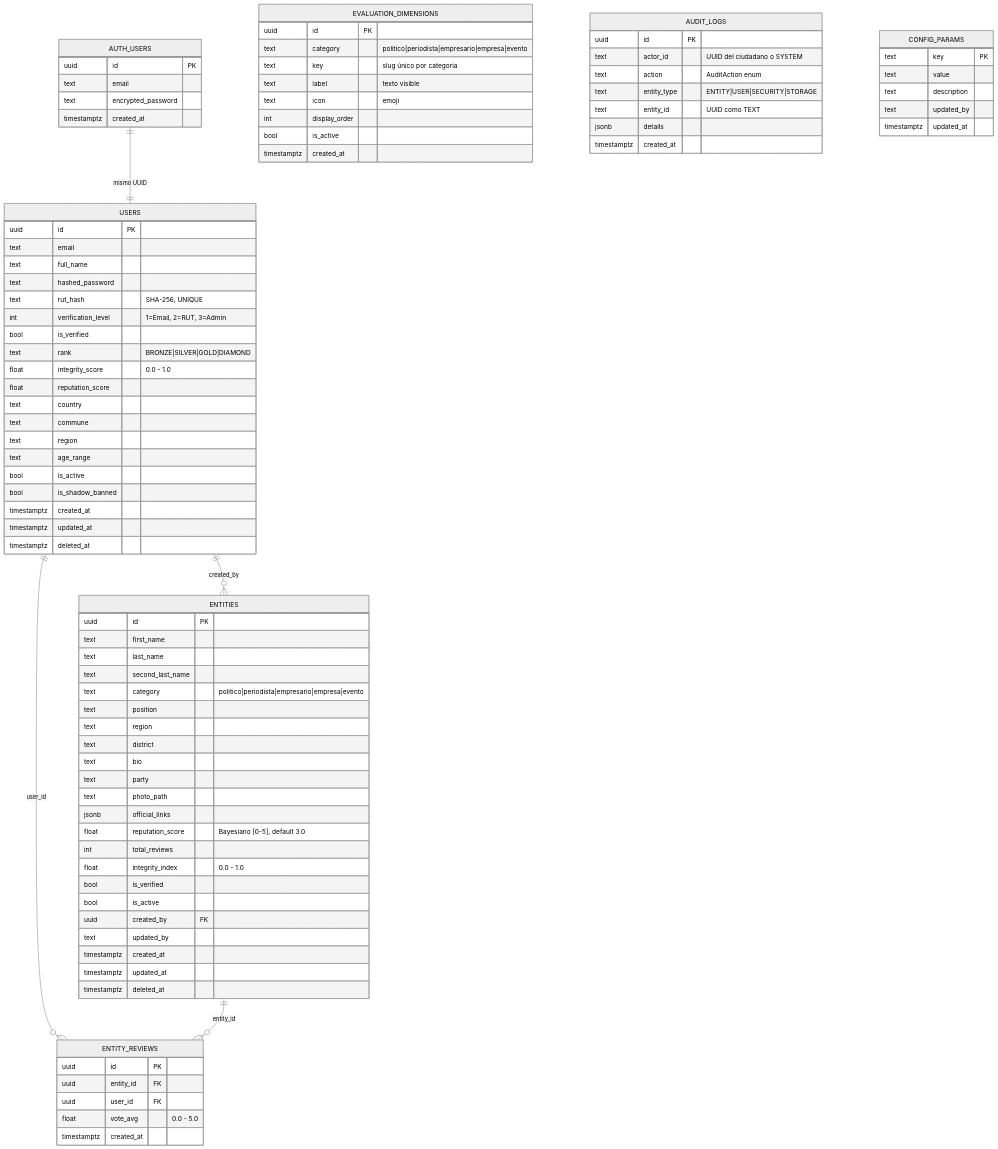
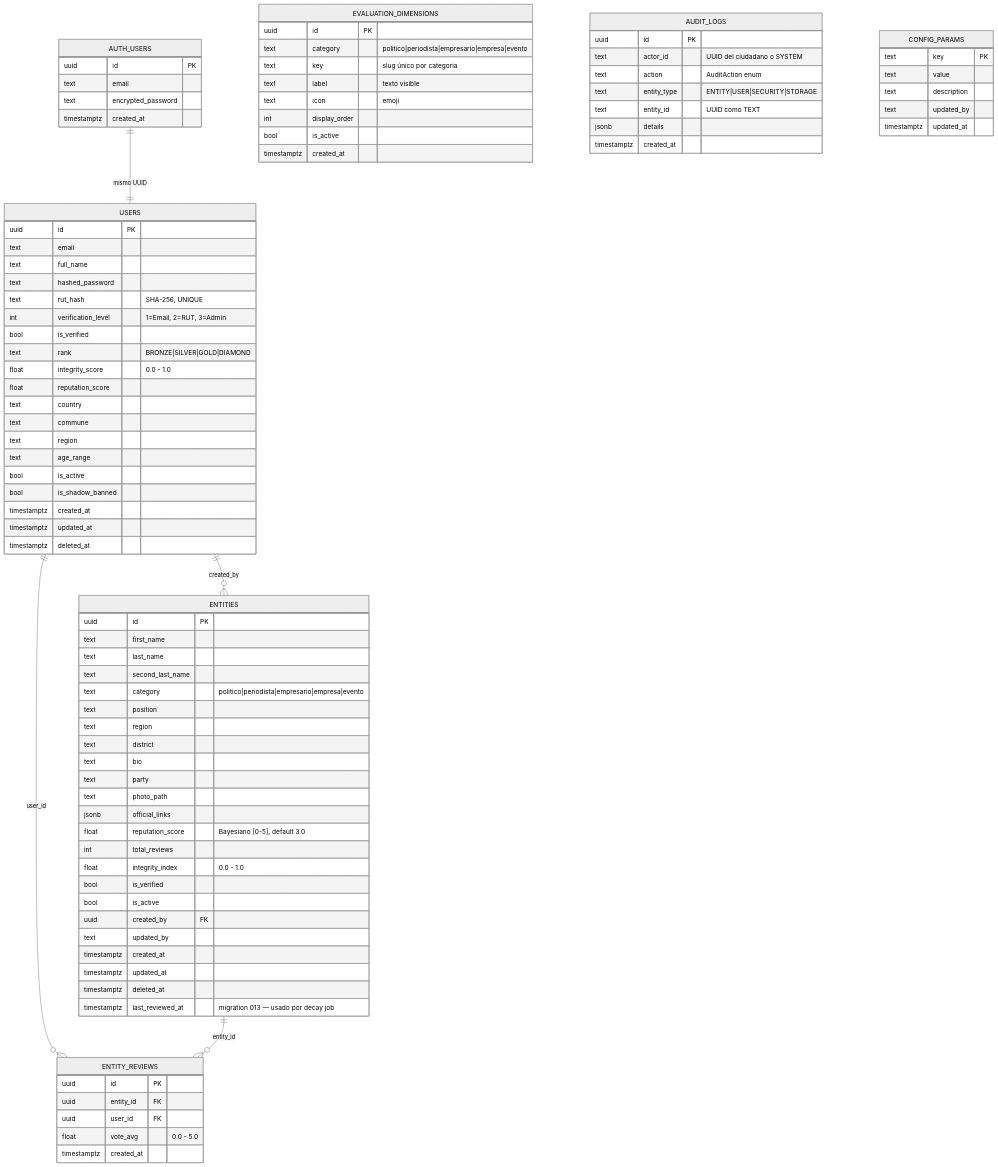
Before and after one commit to EduardoSereyM/beacon: the diagram in docs/esquema_bbdd.md, drawn with Mermaid (neutral theme). The commit also changed other lines of this file and 4 other files, not shown here.

```diff
--- a/docs/esquema_bbdd.md
+++ b/docs/esquema_bbdd.md
@@ -87,6 +87,7 @@
         timestamptz created_at
         timestamptz updated_at
         timestamptz deleted_at
+        timestamptz last_reviewed_at "migration 013 — usado por decay job"
     }
 
     ENTITY_REVIEWS {
```
